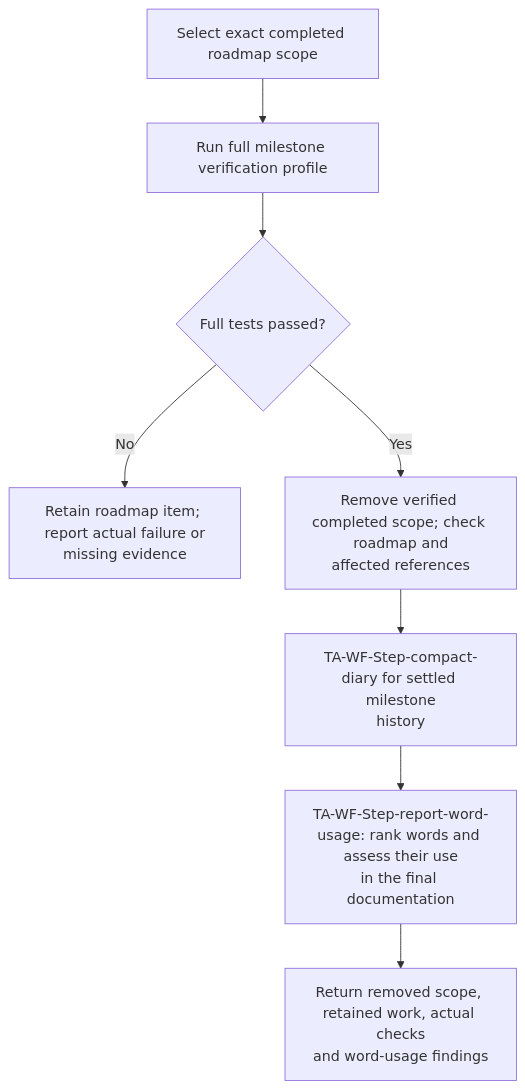
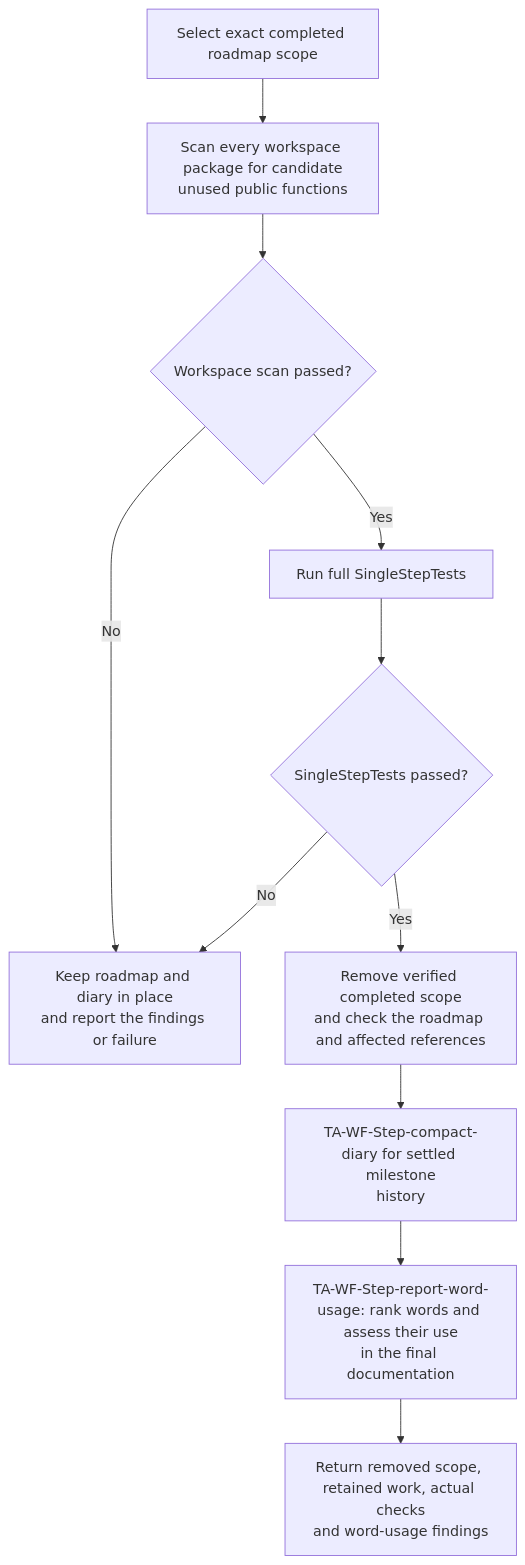
The fifth of 6 diagrams in .agents/skills/README.md (tomek-anuszkiewicz/amiga-studio), drawn with Mermaid before and after one commit. The commit also changed other lines of this file and 7 other files, not shown here.

Commit message:
Scan unused public Rust functions before milestone vectors

````diff
--- a/.agents/skills/README.md
+++ b/.agents/skills/README.md
@@ -166,10 +166,13 @@
 ```mermaid
 flowchart TD
-    Scope["Select exact completed roadmap scope"] --> Tests["Run full milestone verification profile"]
-    Tests --> Passed{"Full tests passed?"}
-    Passed -->|No| Keep["Retain roadmap item; report actual failure or<br/>missing evidence"]
-    Passed -->|Yes| Remove["Remove verified completed scope; check roadmap and<br/>affected references"]
+    Scope["Select exact completed roadmap scope"] --> Scan["Scan every workspace package for candidate<br/>unused public functions"]
+    Scan --> ScanPassed{"Workspace scan passed?"}
+    ScanPassed -->|No| Keep["Keep roadmap and diary in place<br/>and report the findings or failure"]
+    ScanPassed -->|Yes| Tests["Run full SingleStepTests"]
+    Tests --> Passed{"SingleStepTests passed?"}
+    Passed -->|No| Keep
+    Passed -->|Yes| Remove["Remove verified completed scope<br/>and check the roadmap and affected references"]
     Remove --> Diary["TA-WF-Step-compact-diary for settled milestone<br/>history"]
     Diary --> Words["TA-WF-Step-report-word-usage: rank words and assess their use<br/>in the final documentation"]
     Words --> Result["Return removed scope, retained work, actual checks<br/>and word-usage findings"]
 ```
````
